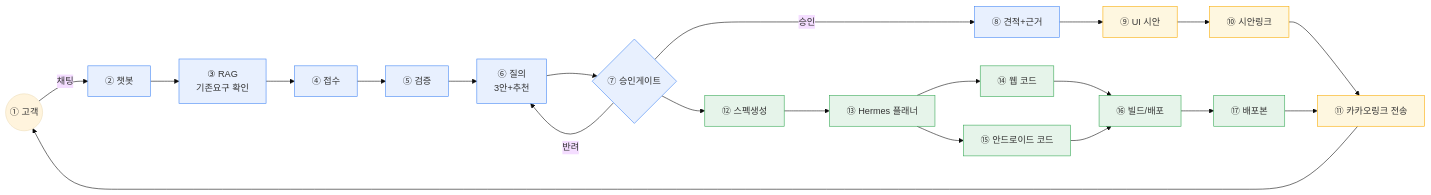
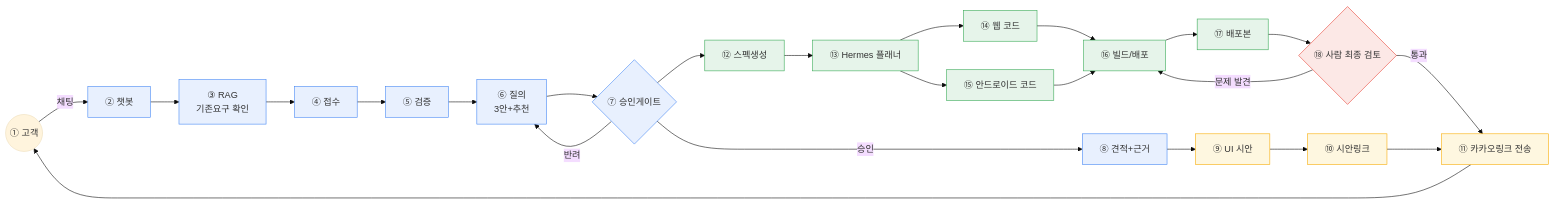
Before and after one commit to kyungsikjeung/agt001: the first of 7 diagrams in README.md, drawn with Mermaid (base theme). The commit also changed other lines of this file and 2 other files, not shown here.

````diff
--- a/README.md
+++ b/README.md
@@ -14,26 +14,30 @@
 ```mermaid
 flowchart LR
     CUST(("① 고객")) -->|채팅| CHAT["② 챗봇"]
     CHAT --> RAG["③ RAG\n기존요구 확인"]
     RAG --> INTAKE["④ 접수"] --> VALIDATE["⑤ 검증"] --> ASK["⑥ 질의\n3안+추천"]
     ASK --> GATE{"⑦ 승인게이트"}
     GATE -->|반려| ASK
     GATE -->|승인| QUOTE["⑧ 견적+근거"]
     QUOTE --> DESIGN["⑨ UI 시안"] --> LINK["⑩ 시안링크"]
     GATE --> SPEC["⑫ 스펙생성"] --> PLAN["⑬ Hermes 플래너"]
     PLAN --> WEB["⑭ 웹 코드"]
     PLAN --> AND["⑮ 안드로이드 코드"]
     WEB --> BUILD["⑯ 빌드/배포"]
     AND --> BUILD
     BUILD --> DEPLOY["⑰ 배포본"]
-    LINK --> DELIVER["⑪ 카카오링크 전송"]
-    DEPLOY --> DELIVER
+    DEPLOY --> REVIEW{"⑱ 사람 최종 검토"}
+    REVIEW -->|문제 발견| BUILD
+    REVIEW -->|통과| DELIVER["⑪ 카카오링크 전송"]
+    LINK --> DELIVER
     DELIVER --> CUST
 
     classDef teamA fill:#e8f0fe,stroke:#4285f4
     classDef teamB fill:#fef7e0,stroke:#f9ab00
     classDef teamC fill:#e6f4ea,stroke:#34a853
+    classDef review fill:#fce8e6,stroke:#ea4335
     class CHAT,RAG,INTAKE,VALIDATE,ASK,GATE,QUOTE teamA
     class DESIGN,LINK,DELIVER teamB
     class SPEC,PLAN,WEB,AND,BUILD,DEPLOY teamC
+    class REVIEW review
 ```
````
